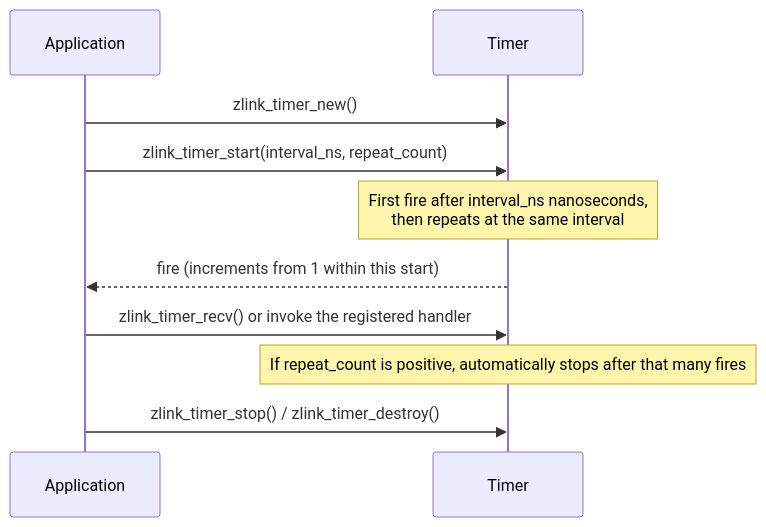
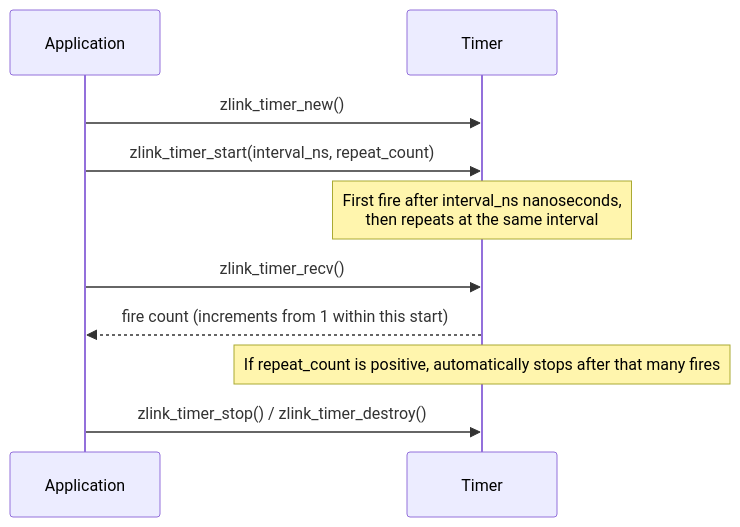
One commit to zlink-systems/zlink changed the diagram in core/doc/spec/core/07-utilities.en.md. Above: the diagram before and after it, drawn with Mermaid. The commit also changed other lines of this file and 49 other files, not shown here.

````diff
--- a/core/doc/spec/core/07-utilities.en.md
+++ b/core/doc/spec/core/07-utilities.en.md
@@ -167,12 +166,12 @@
 ```mermaid
 sequenceDiagram
     participant App as Application
     participant T as Timer
     App->>T: zlink_timer_new()
     App->>T: zlink_timer_start(interval_ns, repeat_count)
     Note over T: First fire after interval_ns nanoseconds,<br/>then repeats at the same interval
-    T-->>App: fire (increments from 1 within this start)
-    App->>T: zlink_timer_recv() or invoke the registered handler
+    App->>T: zlink_timer_recv()
+    T-->>App: fire count (increments from 1 within this start)
     Note over T: If repeat_count is positive, automatically stops after that many fires
     App->>T: zlink_timer_stop() / zlink_timer_destroy()
 ```
````
